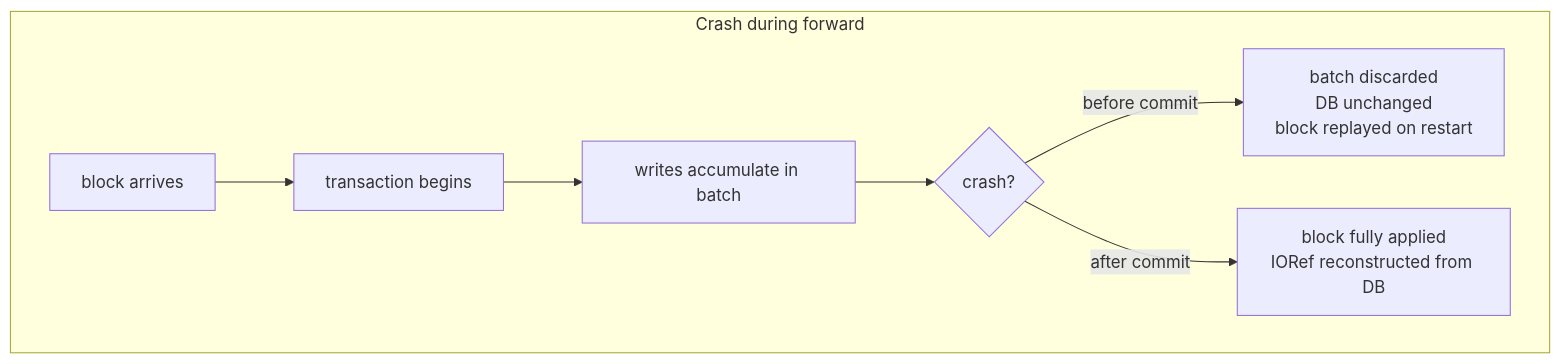
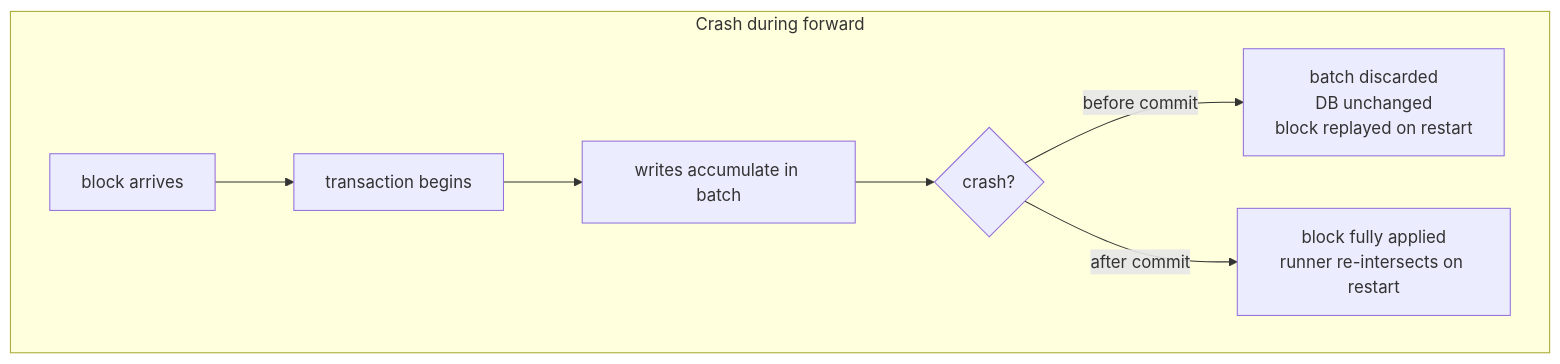
The fourth of 7 diagrams in docs/architecture/block-processing.md (lambdasistemi/cardano-mpfs-offchain), drawn with Mermaid before and after one commit. The commit also changed other lines of this file and 5 other files, not shown here.

````diff
--- a/docs/architecture/block-processing.md
+++ b/docs/architecture/block-processing.md
@@ -172,10 +168,10 @@
 ```mermaid
 graph TD
     subgraph "Crash during forward"
         A["block arrives"] --> B["transaction begins"]
         B --> C["writes accumulate in batch"]
         C --> D{"crash?"}
         D -->|before commit| E["batch discarded<br/>DB unchanged<br/>block replayed on restart"]
-        D -->|after commit| F["block fully applied<br/>IORef reconstructed from DB"]
+        D -->|after commit| F["block fully applied<br/>runner re-intersects on restart"]
     end
 ```
````
